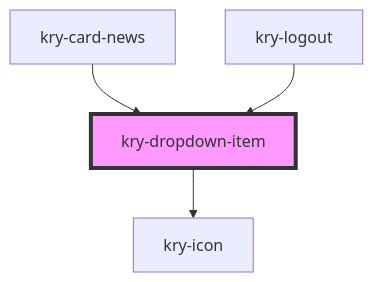
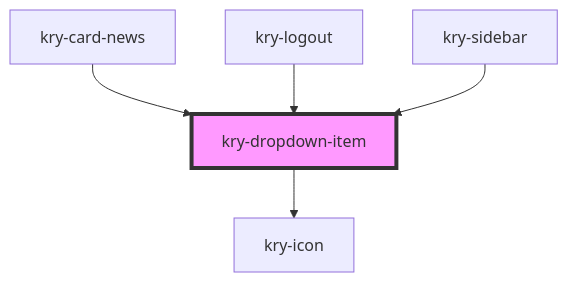
The diagram in libs/core/src/components/dropdown-item/readme.md (nathan2slime/spacekrypton-legacy), drawn with Mermaid before and after one commit. The commit also changed other lines of this file and 57 other files, not shown here.

````diff
--- a/libs/core/src/components/dropdown-item/readme.md
+++ b/libs/core/src/components/dropdown-item/readme.md
@@ -28,7 +29,8 @@
 ```mermaid
 graph TD;
   kry-dropdown-item --> kry-icon
   kry-card-news --> kry-dropdown-item
   kry-logout --> kry-dropdown-item
+  kry-sidebar --> kry-dropdown-item
   style kry-dropdown-item fill:#f9f,stroke:#333,stroke-width:4px
 ```
````
